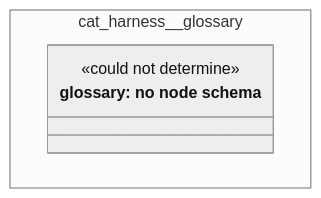
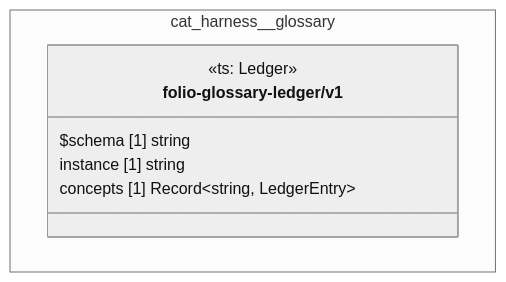
The diagram in cat-harness/docs/uml/overview/cat-harness/glossary.md (litlfred/folio-assistant), drawn with Mermaid (neutral theme) before and after one commit. The commit also changed other lines of this file and 220 other files, not shown here.

First line of the commit message:
quda: register node schemas for the graph kinds that had none

````diff
--- a/cat-harness/docs/uml/overview/cat-harness/glossary.md
+++ b/cat-harness/docs/uml/overview/cat-harness/glossary.md
@@ -12,11 +12,13 @@
 ```mermaid
 classDiagram
   direction TB
   namespace cat_harness__glossary {
-    class n_cat_harness_glossary_glossary["glossary: no node schema"] {
-      <<could not determine>>
+    class cat_harness_glossary_folio_glossary_ledger_v1["folio-glossary-ledger/v1"] {
+      <<ts: Ledger>>
+      $schema [1] string
+      instance [1] string
+      concepts [1] Record~string, LedgerEntry~
     }
   }
-  cssClass "n_cat_harness_glossary_glossary" fa_uml_kind_glossary
-  cssClass "n_cat_harness_glossary_glossary" fa_uml_undetermined
+  cssClass "cat_harness_glossary_folio_glossary_ledger_v1" fa_uml_kind_glossary
 ```
````
